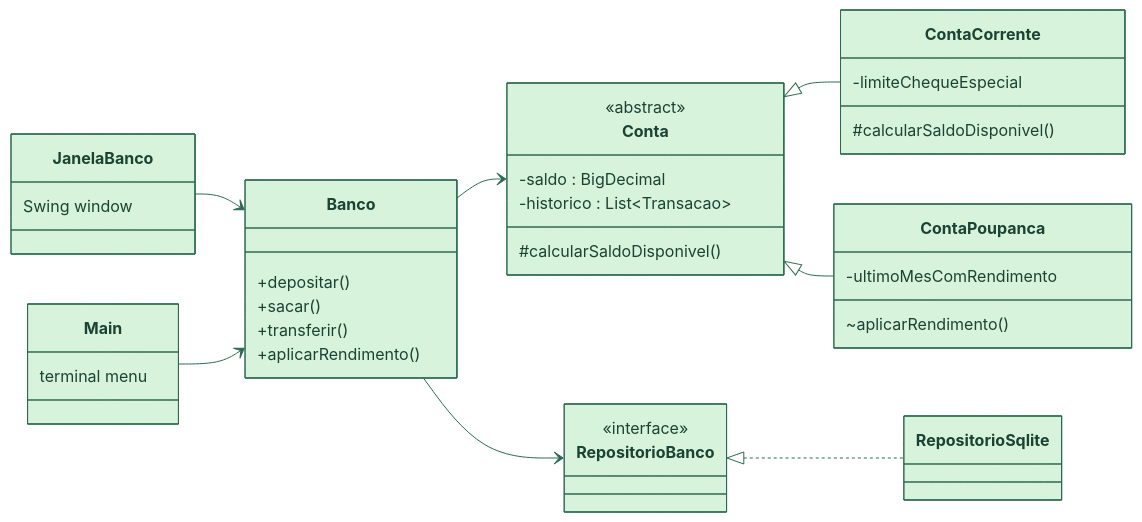
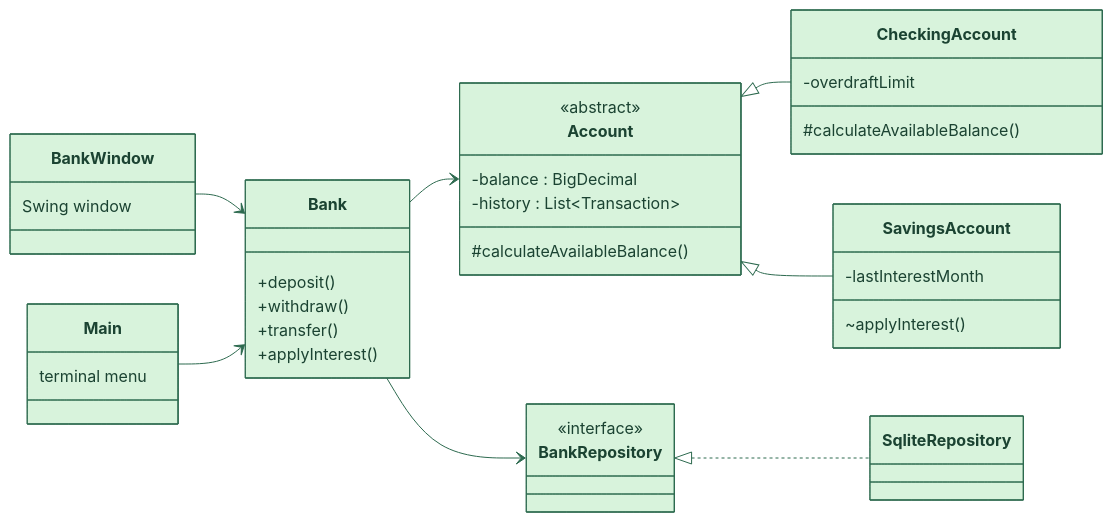
One commit to Amandadamata/sistema-bancario-java changed the diagram in README.md. Above: the diagram before and after it, drawn with Mermaid. The commit also changed other lines of this file and 100 other files, not shown here.

````diff
--- a/README.md
+++ b/README.md
@@ -68,41 +68,41 @@
 ```mermaid
 %%{init: {'theme':'base','themeVariables':{'primaryColor':'#D8F3DC','primaryTextColor':'#1B4332','primaryBorderColor':'#2D6A4F','lineColor':'#2D6A4F','secondaryColor':'#A8D5BA','tertiaryColor':'#FFFFFF'}}}%%
 classDiagram
     direction LR
-    class JanelaBanco {
+    class BankWindow {
       Swing window
     }
     class Main {
       terminal menu
     }
-    class Banco {
-      +depositar()
-      +sacar()
-      +transferir()
-      +aplicarRendimento()
+    class Bank {
+      +deposit()
+      +withdraw()
+      +transfer()
+      +applyInterest()
     }
-    class Conta {
+    class Account {
       <<abstract>>
-      -saldo : BigDecimal
-      -historico : List~Transacao~
-      #calcularSaldoDisponivel()
+      -balance : BigDecimal
+      -history : List~Transaction~
+      #calculateAvailableBalance()
     }
-    class ContaCorrente {
-      -limiteChequeEspecial
-      #calcularSaldoDisponivel()
+    class CheckingAccount {
+      -overdraftLimit
+      #calculateAvailableBalance()
     }
-    class ContaPoupanca {
-      -ultimoMesComRendimento
-      ~aplicarRendimento()
+    class SavingsAccount {
+      -lastInterestMonth
+      ~applyInterest()
     }
-    class RepositorioBanco {
+    class BankRepository {
       <<interface>>
     }
-    JanelaBanco --> Banco
-    Main --> Banco
-    Banco --> Conta
-    Conta <|-- ContaCorrente
-    Conta <|-- ContaPoupanca
-    Banco --> RepositorioBanco
-    RepositorioBanco <|.. RepositorioSqlite
+    BankWindow --> Bank
+    Main --> Bank
+    Bank --> Account
+    Account <|-- CheckingAccount
+    Account <|-- SavingsAccount
+    Bank --> BankRepository
+    BankRepository <|.. SqliteRepository
 ```
````
